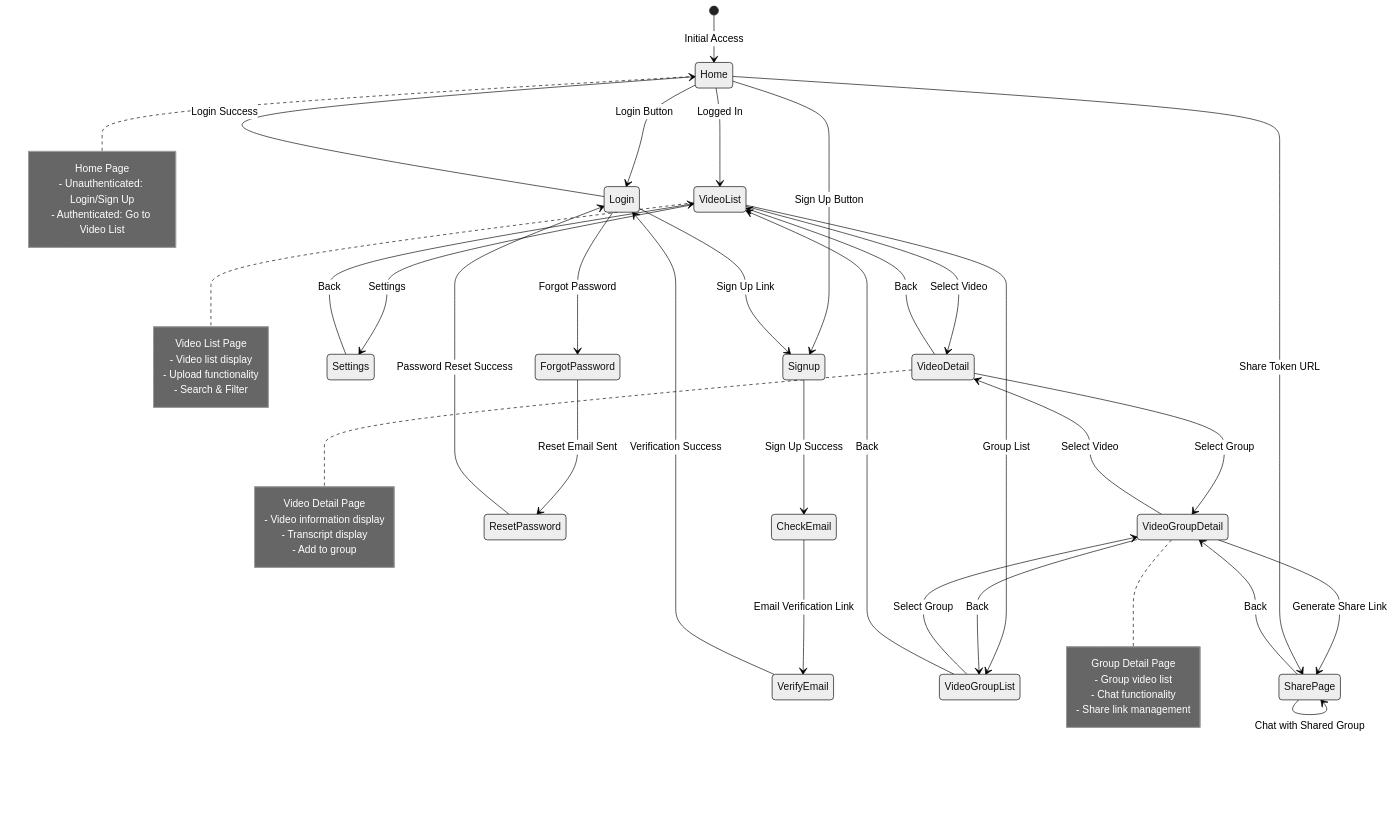
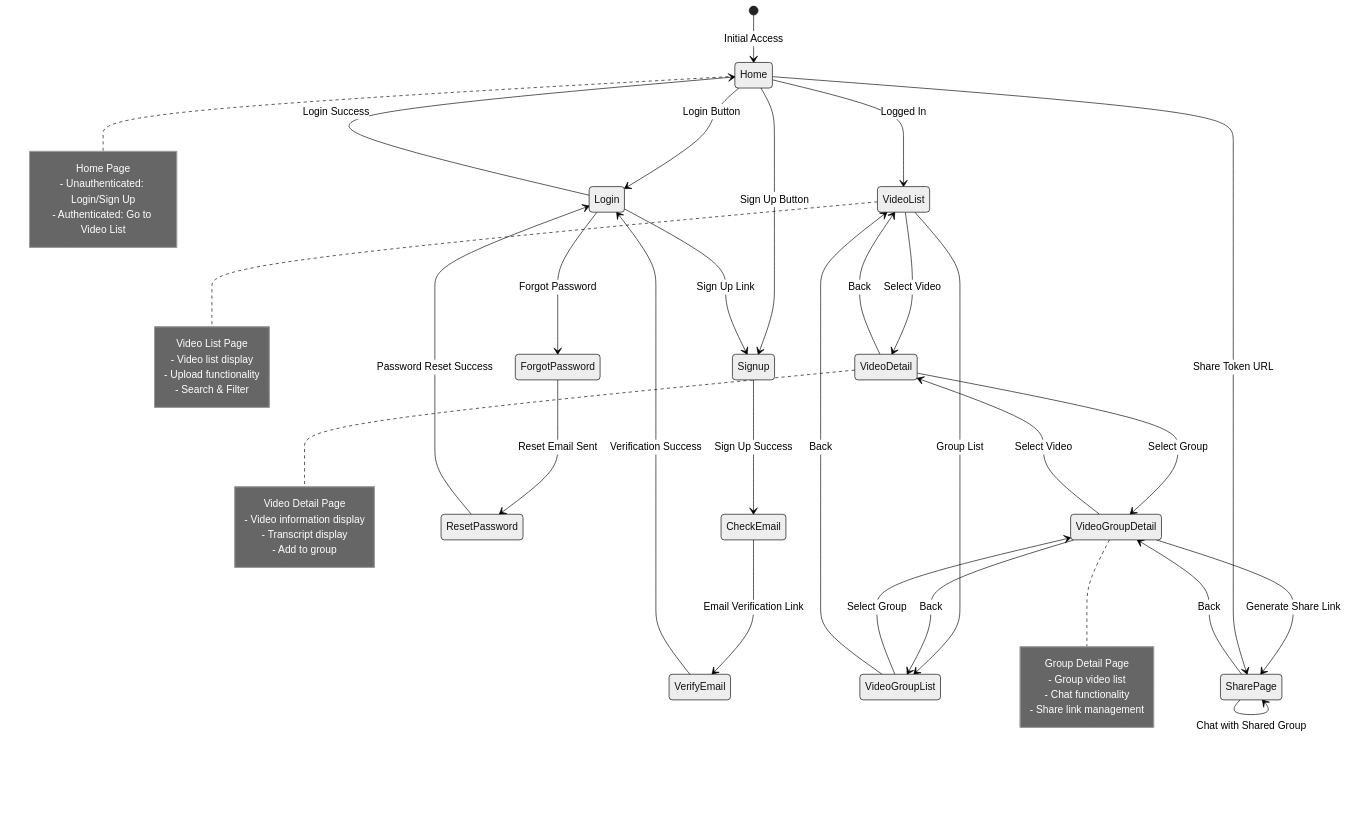
One commit to yukiharada1228/videoq changed the diagram in docs/requirements/screen-transition-diagram.md. Above: the diagram before and after it, drawn with Mermaid (neutral theme). The commit also changed other lines of this file and 11 other files, not shown here.

````diff
--- a/docs/requirements/screen-transition-diagram.md
+++ b/docs/requirements/screen-transition-diagram.md
@@ -9,67 +9,64 @@
 ```mermaid
 stateDiagram-v2
     [*] --> Home: Initial Access
     
     Home --> Login: Login Button
     Home --> Signup: Sign Up Button
     
     Login --> Home: Login Success
     Login --> ForgotPassword: Forgot Password
     Login --> Signup: Sign Up Link
     
     Signup --> CheckEmail: Sign Up Success
     CheckEmail --> VerifyEmail: Email Verification Link
     VerifyEmail --> Login: Verification Success
     
     ForgotPassword --> ResetPassword: Reset Email Sent
     ResetPassword --> Login: Password Reset Success
     
     Home --> VideoList: Logged In
     VideoList --> VideoDetail: Select Video
     VideoList --> VideoGroupList: Group List
-    VideoList --> Settings: Settings
     
     VideoDetail --> VideoList: Back
     VideoDetail --> VideoGroupDetail: Select Group
     
     VideoGroupList --> VideoGroupDetail: Select Group
     VideoGroupList --> VideoList: Back
     
     VideoGroupDetail --> VideoGroupList: Back
     VideoGroupDetail --> VideoDetail: Select Video
     VideoGroupDetail --> SharePage: Generate Share Link
     
     SharePage --> VideoGroupDetail: Back
-    
-    Settings --> VideoList: Back
-    
+
     Home --> SharePage: Share Token URL
     SharePage --> SharePage: Chat with Shared Group
     
     note right of Home
         Home Page
         - Unauthenticated: Login/Sign Up
         - Authenticated: Go to Video List
     end note
     
     note right of VideoList
         Video List Page
         - Video list display
         - Upload functionality
         - Search & Filter
     end note
     
     note right of VideoDetail
         Video Detail Page
         - Video information display
         - Transcript display
         - Add to group
     end note
     
     note right of VideoGroupDetail
         Group Detail Page
         - Group video list
         - Chat functionality
         - Share link management
     end note
 ```
````
